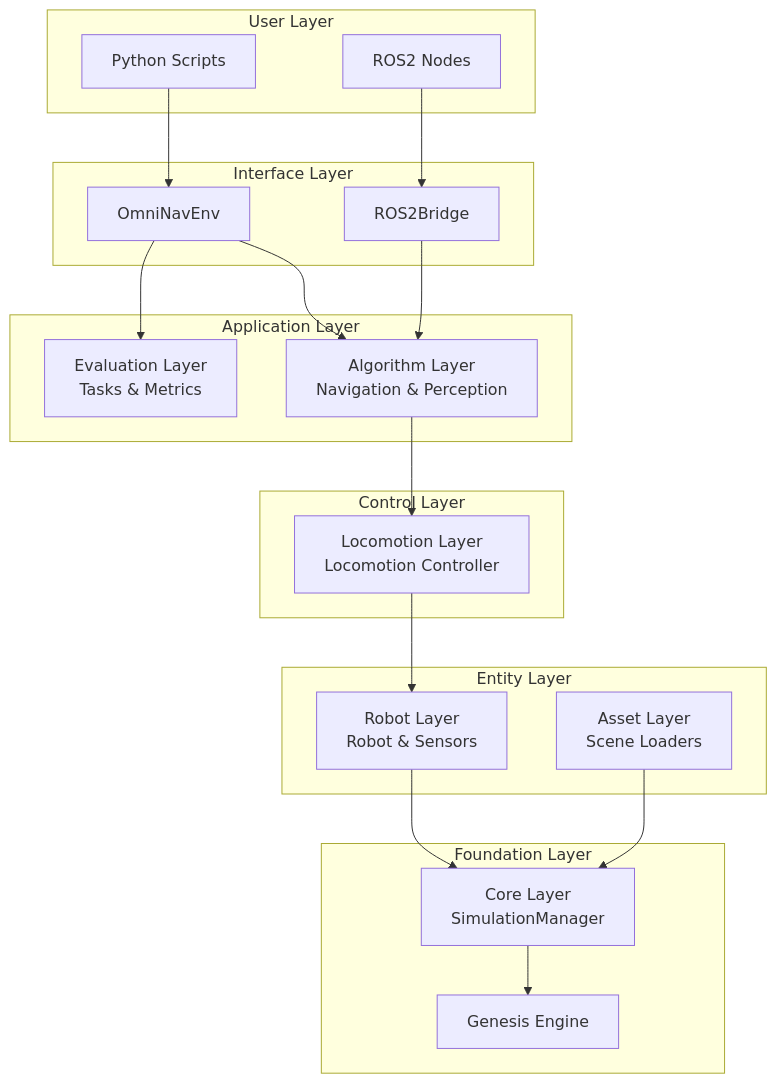
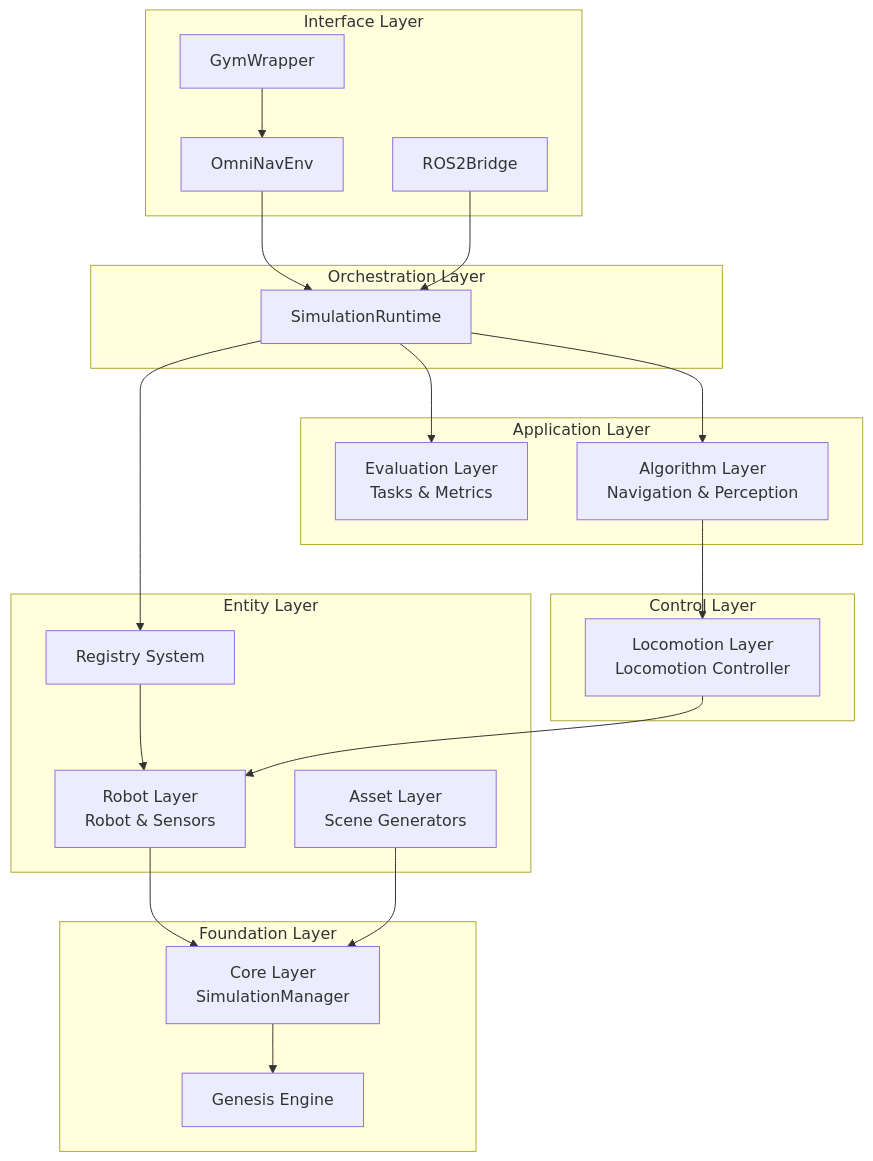
The first of 4 diagrams in docs/user_guide/core_concepts/architecture.md (Royalvice/OmniNav), drawn with Mermaid before and after one commit. The commit also changed other lines of this file and 60 other files, not shown here.

````diff
--- a/docs/user_guide/core_concepts/architecture.md
+++ b/docs/user_guide/core_concepts/architecture.md
@@ -7,42 +9,45 @@
 ```mermaid
 graph TB
-    subgraph "User Layer"
-        U1[Python Scripts]
-        U2[ROS2 Nodes]
-    end
-
     subgraph "Interface Layer"
         I1[OmniNavEnv]
         I2[ROS2Bridge]
+        I3[GymWrapper]
+    end
+
+    subgraph "Orchestration Layer"
+        RT[SimulationRuntime]
     end
 
     subgraph "Application Layer"
         E[Evaluation Layer<br/>Tasks & Metrics]
         A[Algorithm Layer<br/>Navigation & Perception]
     end
 
     subgraph "Control Layer"
         L[Locomotion Layer<br/>Locomotion Controller]
     end
 
     subgraph "Entity Layer"
+        Reg[Registry System]
         R[Robot Layer<br/>Robot & Sensors]
-        S[Asset Layer<br/>Scene Loaders]
+        S[Asset Layer<br/>Scene Generators]
     end
 
     subgraph "Foundation Layer"
         C[Core Layer<br/>SimulationManager]
         G[Genesis Engine]
     end
 
-    U1 --> I1
-    U2 --> I2
-    I1 --> E
-    I1 --> A
-    I2 --> A
+    I1 --> RT
+    I2 --> RT
+    I3 --> I1
+    RT --> Reg
+    Reg --> R
+    RT --> E
+    RT --> A
     A --> L
     L --> R
     R --> C
     S --> C
     C --> G
 ```
````
